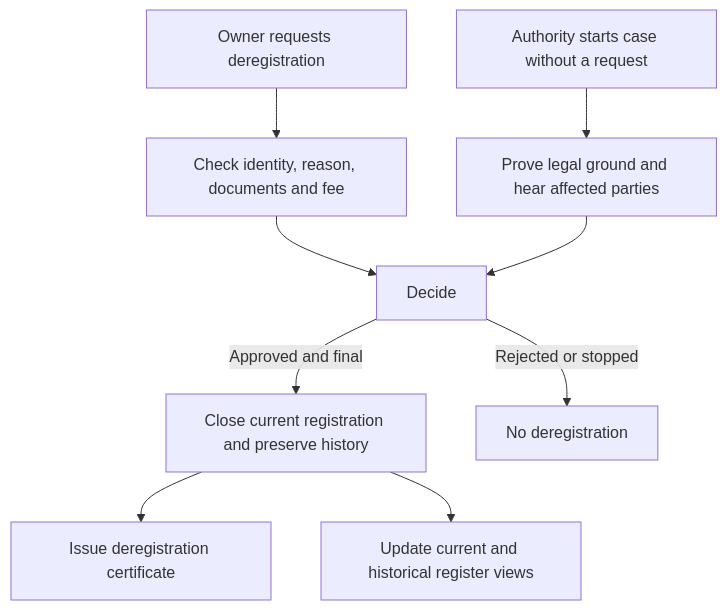
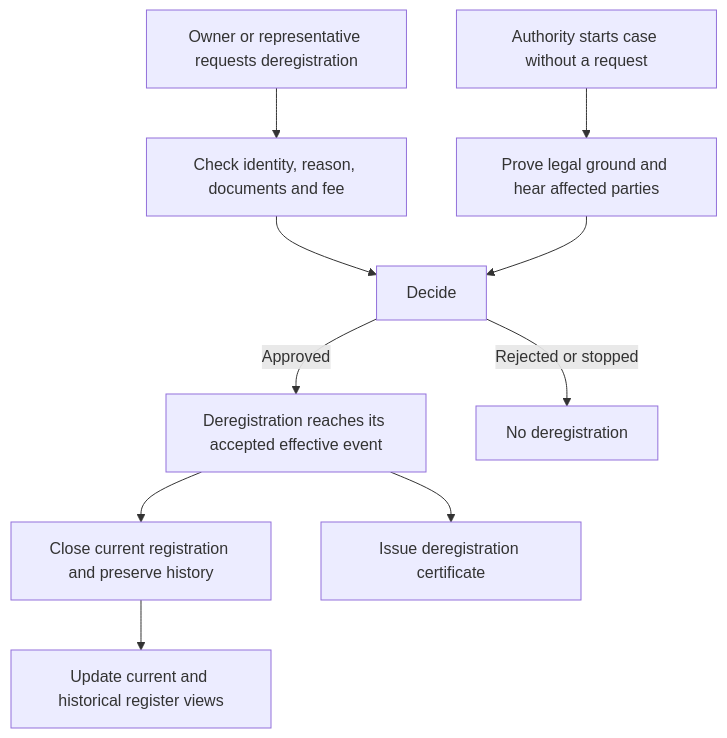
One commit to fixerivan/mudu-process-definition-standard changed the diagram in examples/MUDU-063/graph.md. Above: the diagram before and after it, drawn with Mermaid. The commit also changed other lines of this file and 10 other files, not shown here.

````diff
--- a/examples/MUDU-063/graph.md
+++ b/examples/MUDU-063/graph.md
@@ -5,11 +5,12 @@
 ```mermaid
 graph TD
-    A1["Owner requests deregistration"] --> B["Check identity, reason, documents and fee"]
+    A1["Owner or representative requests deregistration"] --> B["Check identity, reason, documents and fee"]
     A2["Authority starts case without a request"] --> B2["Prove legal ground and hear affected parties"]
     B --> C["Decide"]
     B2 --> C
-    C -->|Approved and final| D["Close current registration and preserve history"]
+    C -->|Approved| D["Deregistration reaches its accepted effective event"]
     C -->|Rejected or stopped| X["No deregistration"]
-    D --> E["Issue deregistration certificate"]
-    D --> F["Update current and historical register views"]
+    D --> E["Close current registration and preserve history"]
+    D --> F["Issue deregistration certificate"]
+    E --> G["Update current and historical register views"]
 ```
````
